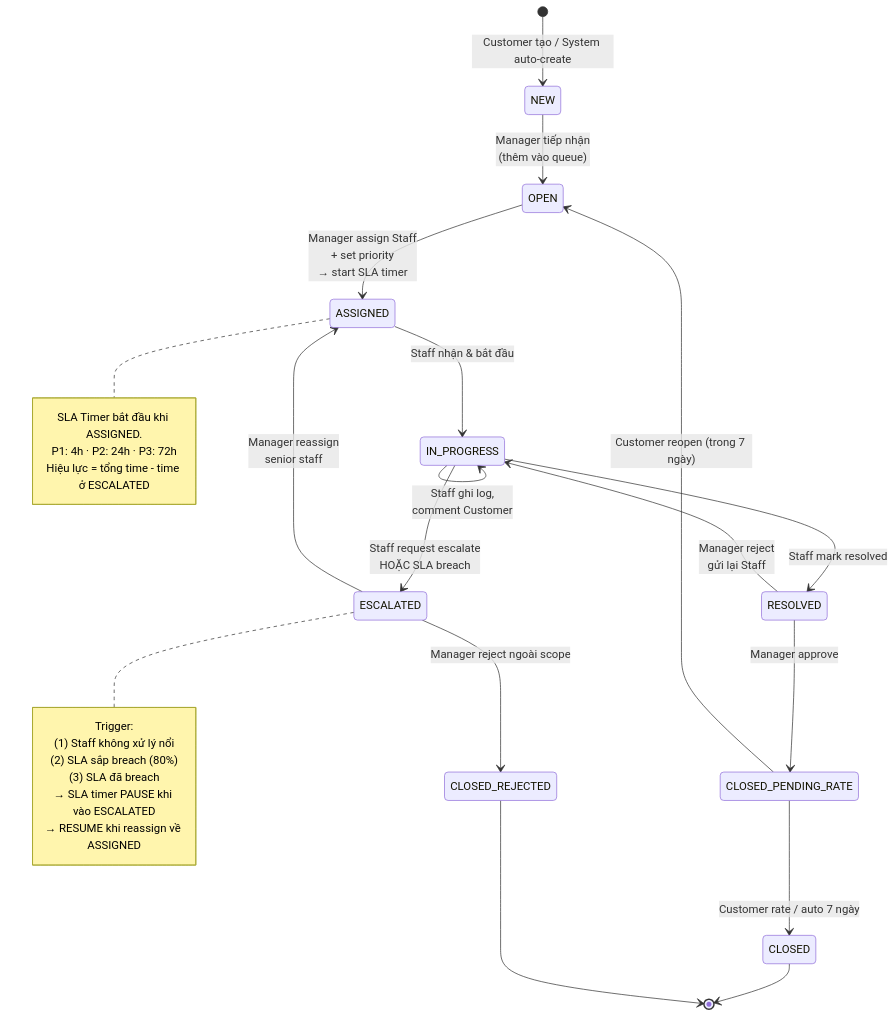
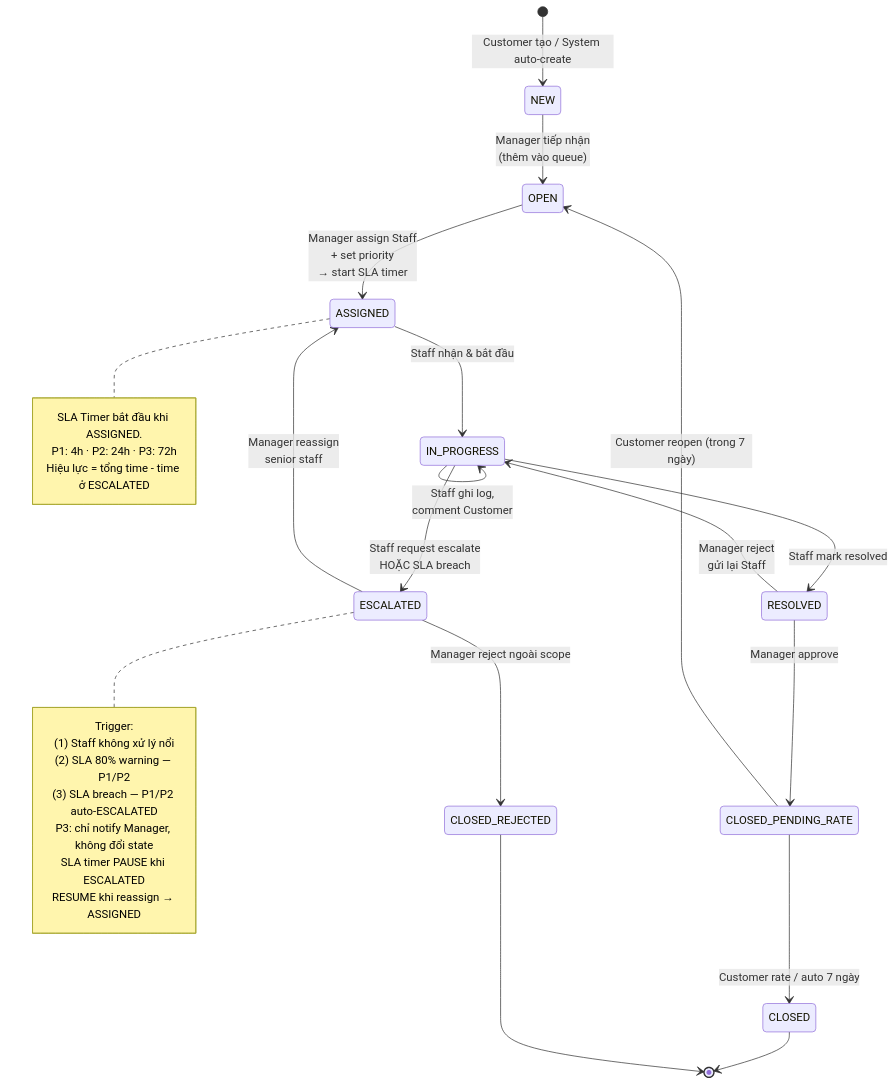
The third of 8 diagrams in .claude/docs/core-business-flow.md (GSU26SE55/ai-module), drawn with Mermaid before and after one commit. The commit also changed other lines of this file and 1 other file, not shown here.

````diff
--- a/.claude/docs/core-business-flow.md
+++ b/.claude/docs/core-business-flow.md
@@ -219,39 +219,40 @@
 ```mermaid
 stateDiagram-v2
     [*] --> NEW : Customer tạo / System auto-create
 
     NEW --> OPEN : Manager tiếp nhận<br/>(thêm vào queue)
     OPEN --> ASSIGNED : Manager assign Staff<br/>+ set priority<br/>→ start SLA timer
 
     ASSIGNED --> IN_PROGRESS : Staff nhận & bắt đầu
     IN_PROGRESS --> IN_PROGRESS : Staff ghi log,<br/>comment Customer
 
     IN_PROGRESS --> RESOLVED : Staff mark resolved
     IN_PROGRESS --> ESCALATED : Staff request escalate<br/>HOẶC SLA breach
 
     ESCALATED --> ASSIGNED : Manager reassign<br/>senior staff
     ESCALATED --> CLOSED_REJECTED : Manager reject ngoài scope
 
     RESOLVED --> CLOSED_PENDING_RATE : Manager approve
     CLOSED_PENDING_RATE --> CLOSED : Customer rate / auto 7 ngày
     CLOSED_PENDING_RATE --> OPEN : Customer reopen (trong 7 ngày)
     RESOLVED --> IN_PROGRESS : Manager reject<br/>gửi lại Staff
 
     CLOSED --> [*]
     CLOSED_REJECTED --> [*]
 
     note right of ASSIGNED
         SLA Timer bắt đầu khi ASSIGNED.
         P1: 4h · P2: 24h · P3: 72h
         Hiệu lực = tổng time - time ở ESCALATED
     end note
 
     note right of ESCALATED
         Trigger:
         (1) Staff không xử lý nổi
-        (2) SLA sắp breach (80%)
-        (3) SLA đã breach
-        → SLA timer PAUSE khi vào ESCALATED
-        → RESUME khi reassign về ASSIGNED
+        (2) SLA 80% warning — P1/P2
+        (3) SLA breach — P1/P2 auto-ESCALATED
+             P3: chỉ notify Manager, không đổi state
+        SLA timer PAUSE khi ESCALATED
+        RESUME khi reassign → ASSIGNED
     end note
 ```
````
